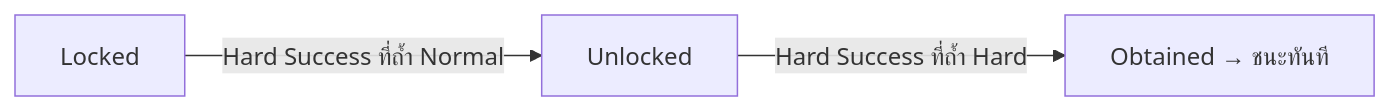
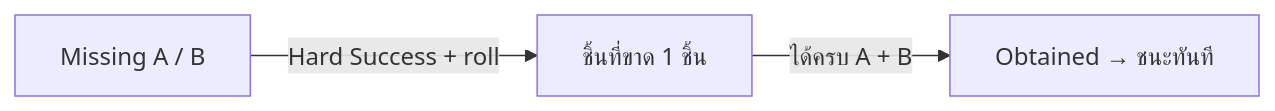
The diagram in docs/gdd/01-mechanics.md (nopponaim603/clogged), drawn with Mermaid before and after one commit. The commit also changed other lines of this file and 141 other files, not shown here.

````diff
--- a/docs/gdd/01-mechanics.md
+++ b/docs/gdd/01-mechanics.md
@@ -193,5 +231,5 @@
 ```mermaid
 flowchart LR
-    L[Locked] -->|Hard Success ที่ถ้ำ Normal| U[Unlocked]
-    U -->|Hard Success ที่ถ้ำ Hard| C[Obtained → ชนะทันที]
+    L[Missing A / B] -->|Hard Success + roll| D[ชิ้นที่ขาด 1 ชิ้น]
+    D -->|ได้ครบ A + B| C[Obtained → ชนะทันที]
 ```
````
